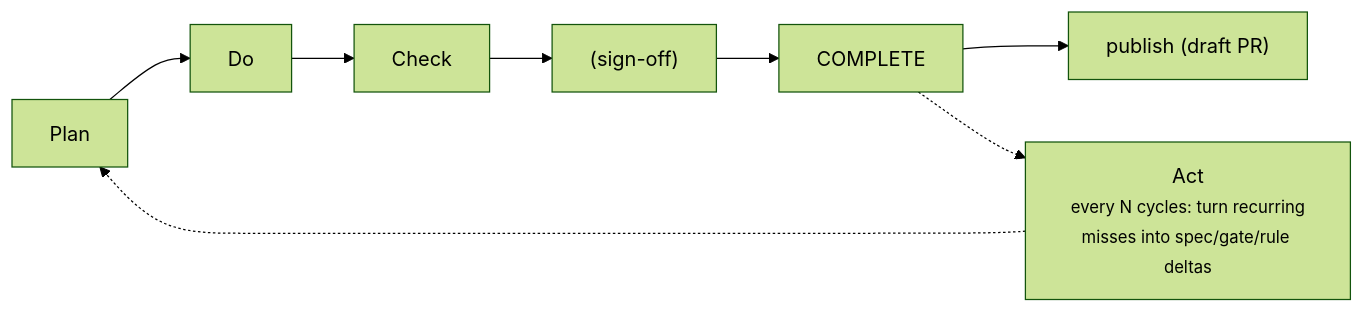
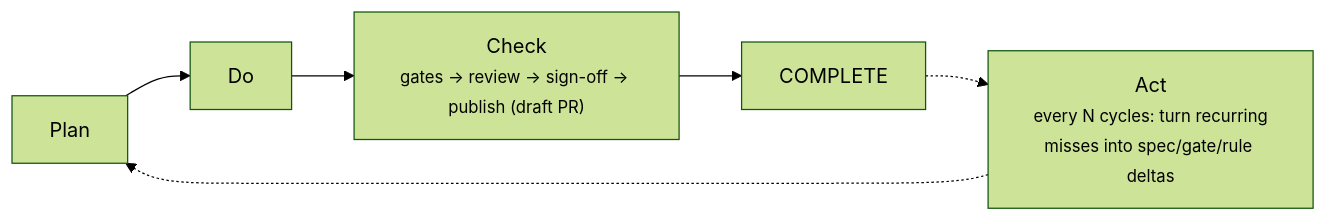
Before and after one commit to eduralph/pdca-harness: the diagram in docs/06-act.md, drawn with Mermaid (forest theme). The commit also changed 5 other files, not shown here.

First line of the commit message:
docs: name sign-off and publish as steps of Check, not beats

````diff
--- a/docs/06-act.md
+++ b/docs/06-act.md
@@ -280,6 +280,6 @@
 ```mermaid
 flowchart LR
-    Plan --> Do --> Check --> signoff["(sign-off)"] --> COMPLETE --> publish["publish (draft PR)"]
+    Plan --> Do --> Check["Check<br/><small>gates → review → sign-off → publish (draft PR)</small>"] --> COMPLETE
     COMPLETE -.-> Act["Act<br/><small>every N cycles: turn recurring<br/>misses into spec/gate/rule deltas</small>"]
     Act -.-> Plan
 ```
````
